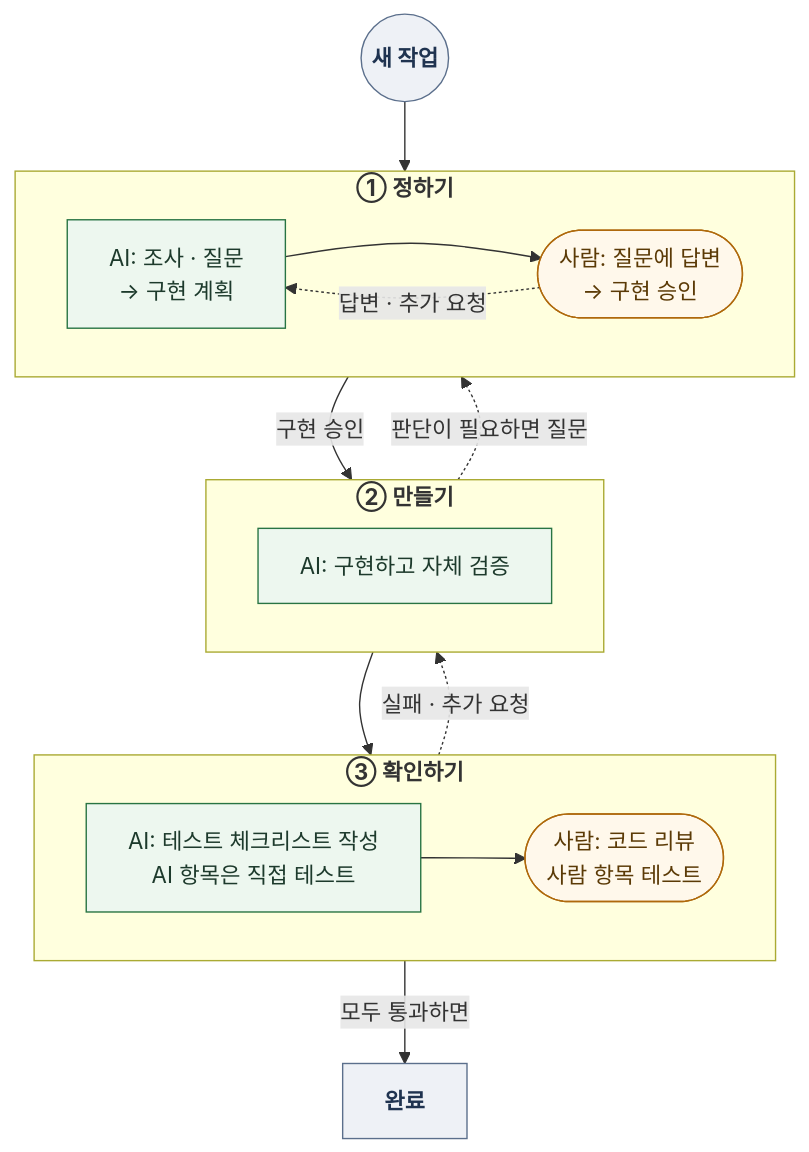
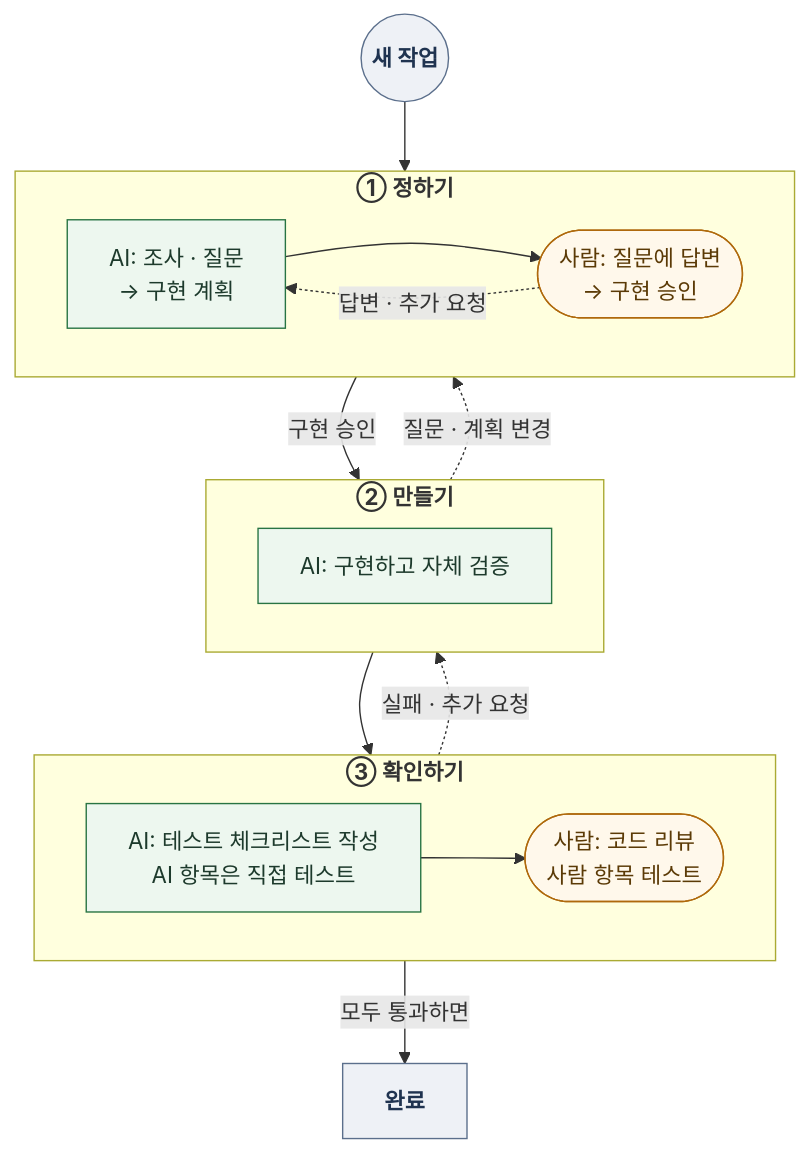
The diagram in .agents/workflow/process/index.md (Woogl/ProjectWx), drawn with Mermaid before and after one commit. The commit also changed other lines of this file and 2 other files, not shown here.

````diff
--- a/.agents/workflow/process/index.md
+++ b/.agents/workflow/process/index.md
@@ -5,39 +5,39 @@
 ```mermaid
 flowchart TD
   S(("`**새 작업**`"))
   A1["`AI: 조사 · 질문
   → 구현 계획`"]
   H1(["`사람: 질문에 답변
   → 구현 승인`"])
   A2["`AI: 구현하고 자체 검증`"]
   A3["`AI: 테스트 체크리스트 작성
   AI 항목은 직접 테스트`"]
   H3(["`사람: 코드 리뷰
   사람 항목 테스트`"])
   D["`**완료**`"]
   %% 상자는 아래 단계부터 선언해야 위에서부터 차례로 놓인다
   subgraph P3["`**③ 확인하기**`"]
     direction LR
     A3 --> H3
   end
   subgraph P2["`**② 만들기**`"]
     A2
   end
   subgraph P1["`**① 정하기**`"]
     direction LR
     A1 --> H1
     H1 -.->|"답변 · 추가 요청"| A1
   end
   S --> P1
   P1 -->|"구현 승인"| P2
   P2 --> P3
-  P2 -.->|"판단이 필요하면 질문"| P1
+  P2 -.->|"질문 · 계획 변경"| P1
   P3 -.->|"실패 · 추가 요청"| P2
   P3 -->|"모두 통과하면"| D
   classDef ai fill:#edf7ef,stroke:#287443,color:#1d3a2c
   classDef human fill:#fff8eb,stroke:#af690c,color:#5b3a06
   classDef terminal fill:#eef1f6,stroke:#5b6f8c,color:#1f3350
   class A1,A2,A3 ai
   class H1,H3 human
   class S,D terminal
 ```
````
